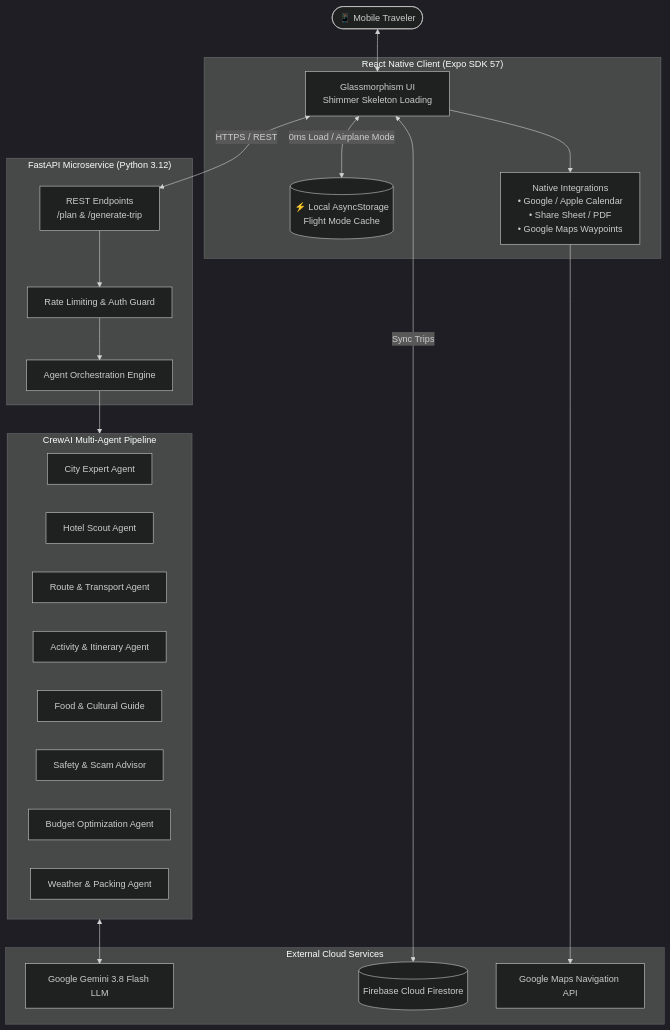
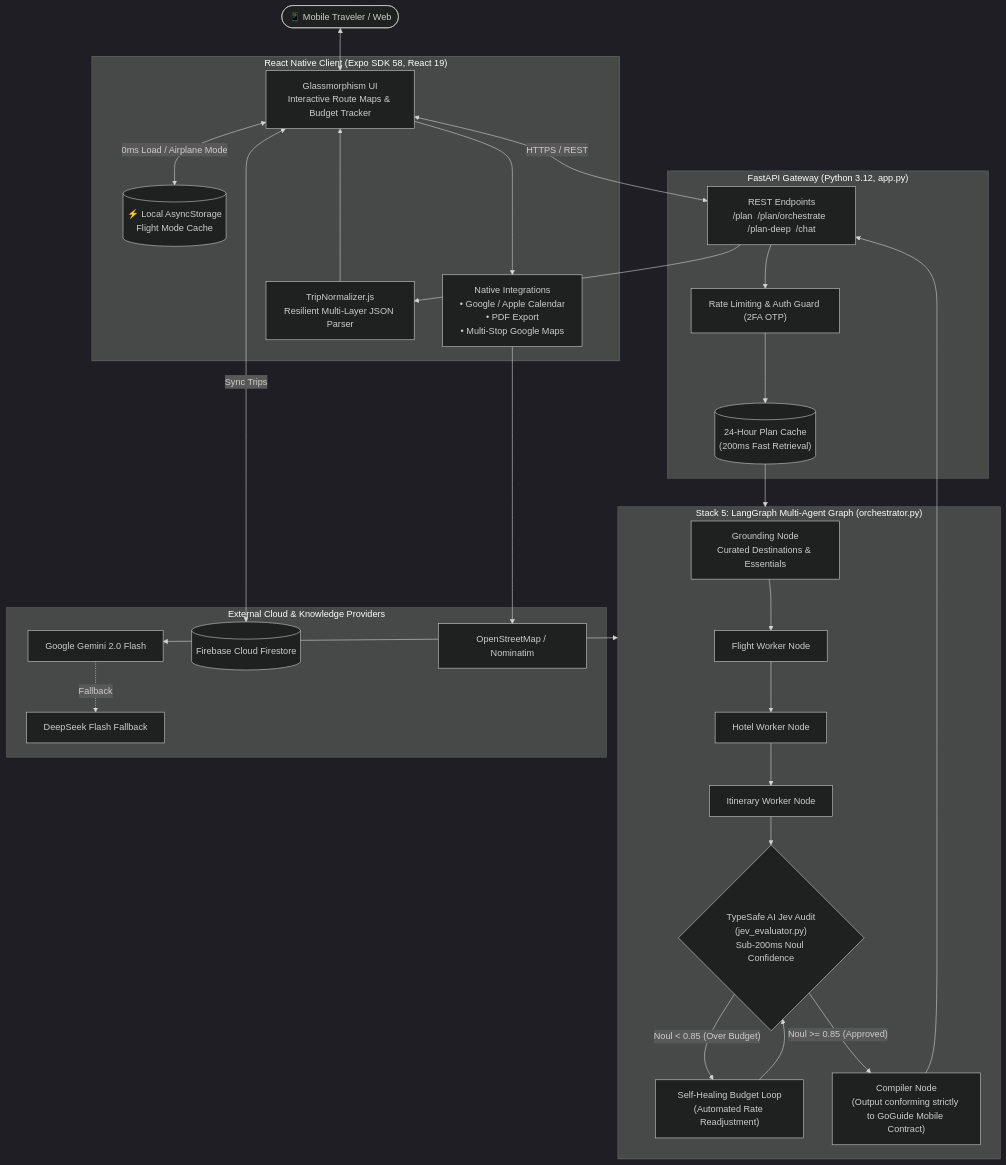
The diagram in README.md (AliHassan-7869/GoGuide-AI-Agent), drawn with Mermaid (dark theme) before and after one commit. The commit also changed other lines of this file and 8 other files, not shown here.

Commit message:
feat: Stack 5 LangGraph orchestrator + Jev evaluator, /plan/orchestrate endpoint, docs update

````diff
--- a/README.md
+++ b/README.md
@@ -17,44 +18,53 @@
 ```mermaid
 graph TD
-    User([📱 Mobile Traveler])
+    User([📱 Mobile Traveler / Web])
     
-    subgraph Frontend ["React Native Client (Expo SDK 57)"]
-        UI["Glassmorphism UI\nShimmer Skeleton Loading"]
+    subgraph Frontend ["React Native Client (Expo SDK 58, React 19)"]
+        UI["Glassmorphism UI\nInteractive Route Maps & Budget Tracker"]
         OfflineCache[("⚡ Local AsyncStorage\nFlight Mode Cache")]
-        NativeSync["Native Integrations\n• Google / Apple Calendar\n• Share Sheet / PDF\n• Google Maps Waypoints"]
+        NativeSync["Native Integrations\n• Google / Apple Calendar\n• PDF Export\n• Multi-Stop Google Maps"]
+        Normalizer["TripNormalizer.js\nResilient Multi-Layer JSON Parser"]
     end
 
-    subgraph Backend ["FastAPI Microservice (Python 3.12)"]
-        API["REST Endpoints\n/plan & /generate-trip"]
-        RateLimit["Rate Limiting & Auth Guard"]
-        Orchestrator["Agent Orchestration Engine"]
+    subgraph Backend ["FastAPI Gateway (Python 3.12, app.py)"]
+        API["REST Endpoints\n/plan  /plan/orchestrate  /plan-deep  /chat"]
+        RateLimit["Rate Limiting & Auth Guard (2FA OTP)"]
+        PlanCache[("24-Hour Plan Cache\n(200ms Fast Retrieval)")]
     end
 
-    subgraph MultiAgentSystem ["CrewAI Multi-Agent Pipeline"]
-        A1["City Expert Agent"]
-        A2["Hotel Scout Agent"]
-        A3["Route & Transport Agent"]
-        A4["Activity & Itinerary Agent"]
-        A5["Food & Cultural Guide"]
-        A6["Safety & Scam Advisor"]
-        A7["Budget Optimization Agent"]
-        A8["Weather & Packing Agent"]
+    subgraph LangGraphSupervisor ["Stack 5: LangGraph Multi-Agent Graph (orchestrator.py)"]
+        GroundingNode["Grounding Node\nCurated Destinations & Essentials"]
+        FlightNode["Flight Worker Node"]
+        HotelNode["Hotel Worker Node"]
+        ItineraryNode["Itinerary Worker Node"]
+        JevAudit{"TypeSafe AI Jev Audit\n(jev_evaluator.py)\nSub-200ms Noul Confidence"}
+        BudgetLoop["Self-Healing Budget Loop\n(Automated Rate Readjustment)"]
+        CompilerNode["Compiler Node\n(Output conforming strictly to GoGuide Mobile Contract)"]
     end
 
-    subgraph ExternalServices ["External Cloud Services"]
-        Gemini["Google Gemini 3.8 Flash LLM"]
+    subgraph ExternalServices ["External Cloud & Knowledge Providers"]
+        Gemini["Google Gemini 2.0 Flash"]
+        DeepSeek["DeepSeek Flash Fallback"]
         Firestore[("Firebase Cloud Firestore")]
-        GoogleMaps["Google Maps Navigation API"]
+        OSM["OpenStreetMap / Nominatim"]
     end
 
     User <--> UI
     UI <-->|0ms Load / Airplane Mode| OfflineCache
     UI --> NativeSync
-    NativeSync --> GoogleMaps
+    NativeSync --> OSM
 
     UI <-->|HTTPS / REST| API
-    API --> RateLimit --> Orchestrator
-    Orchestrator --> MultiAgentSystem
-    MultiAgentSystem <--> Gemini
+    API --> RateLimit --> PlanCache
+    PlanCache --> LangGraphSupervisor
+
+    GroundingNode --> FlightNode --> HotelNode --> ItineraryNode --> JevAudit
+    JevAudit -- "Noul < 0.85 (Over Budget)" --> BudgetLoop
+    BudgetLoop --> JevAudit
+    JevAudit -- "Noul >= 0.85 (Approved)" --> CompilerNode
+    CompilerNode --> API --> Normalizer --> UI
+    
+    LangGraphSupervisor <--> Gemini
+    Gemini -.Fallback.-> DeepSeek
     UI <-->|Sync Trips| Firestore
 ```
````
